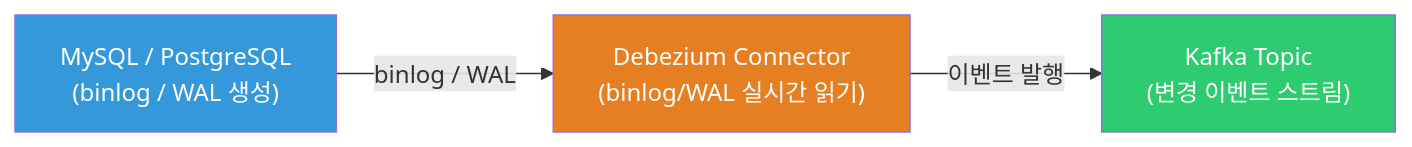
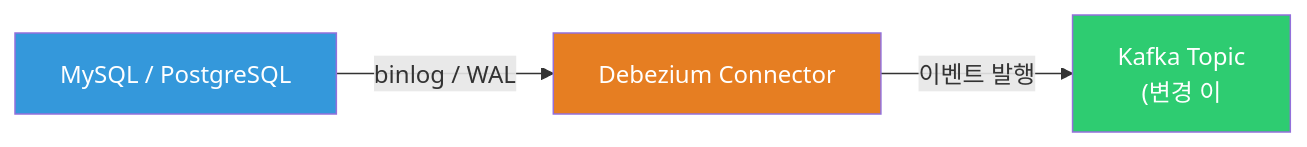
The third of 6 diagrams in _posts/kafka/2026-05-01-kafka-outbox-cdc.md (yjkim2015/yjkim2015.github.io), drawn with Mermaid before and after one commit. The commit also changed other lines of this file and 271 other files, not shown here.

First line of the commit message:
Mermaid 라벨 축소: 긴 노드 텍스트 18자 이하로 트림 + \n 제거

````diff
--- a/_posts/kafka/2026-05-01-kafka-outbox-cdc.md
+++ b/_posts/kafka/2026-05-01-kafka-outbox-cdc.md
@@ -162,11 +162,11 @@
 ```mermaid
 flowchart LR
-    DB["MySQL / PostgreSQL\n(binlog / WAL 생성)"]
-    DEB["Debezium Connector\n(binlog/WAL 실시간 읽기)"]
-    KAFKA["Kafka Topic\n(변경 이벤트 스트림)"]
+    DB["MySQL / PostgreSQL"]
+    DEB["Debezium Connector"]
+    KAFKA["Kafka Topic\n(변경 이"]
     DB -->|"binlog / WAL"| DEB
     DEB -->|"이벤트 발행"| KAFKA
     style DB fill:#3498db,color:#fff
     style DEB fill:#e67e22,color:#fff
     style KAFKA fill:#2ecc71,color:#fff
 ```
````
